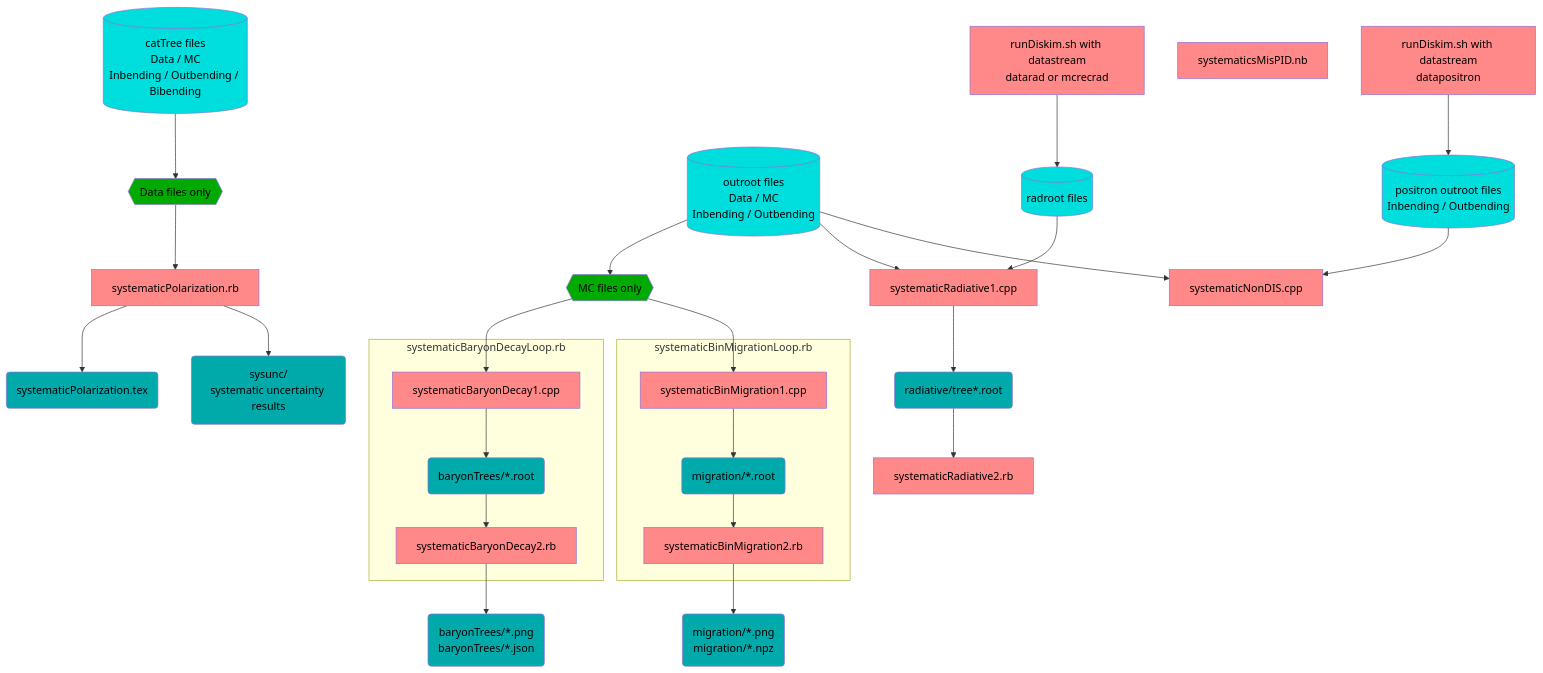
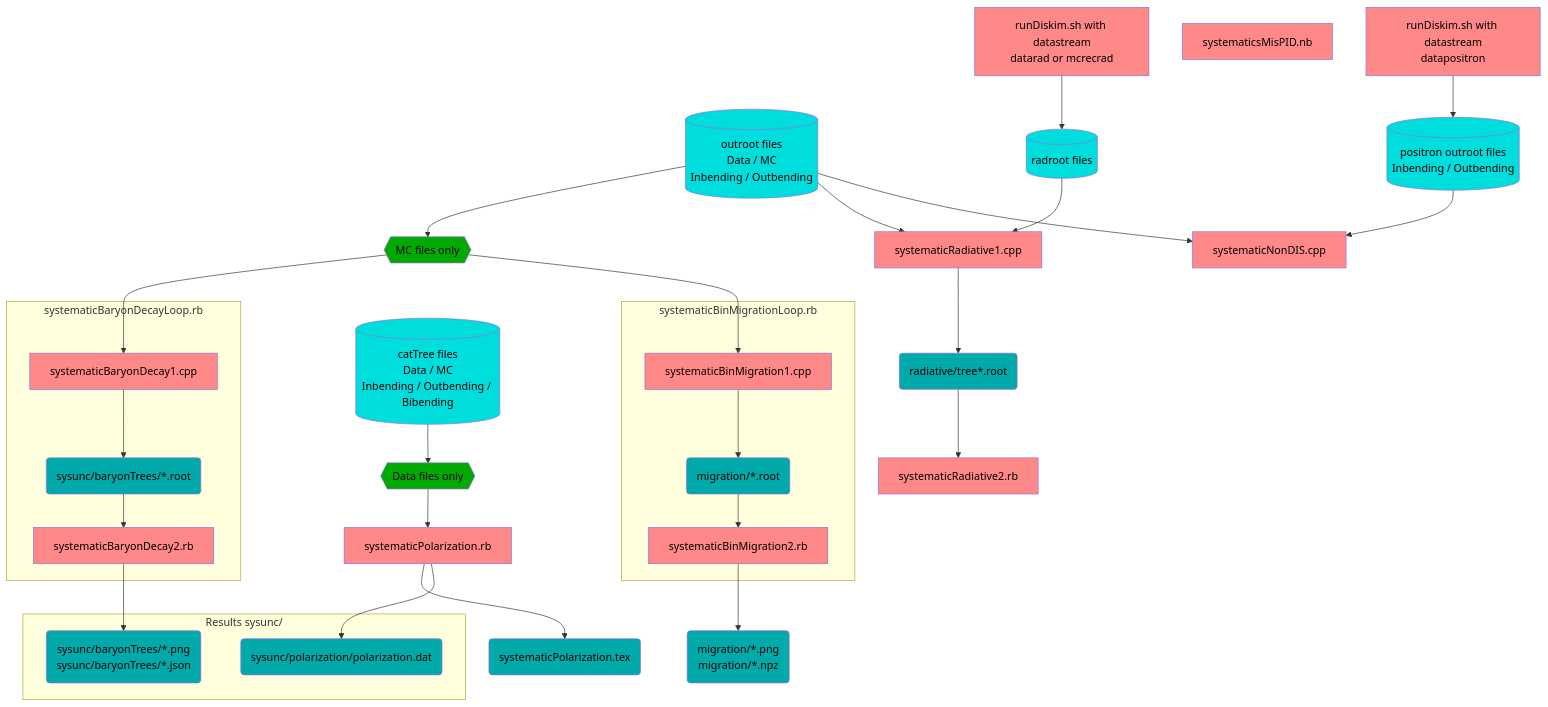
Before and after one commit to c-dilks/dispin: the second of 2 diagrams in README.md, drawn with Mermaid. The commit also changed 4 other files, not shown here.

````diff
--- a/README.md
+++ b/README.md
@@ -158,56 +158,59 @@
 ```mermaid
 flowchart TB
   classDef alg fill:#ff8888,color:black
   classDef data fill:#00aaaa,color:black
   classDef bigdata fill:#00dddd,color:black
   classDef op fill:#00aa00,color:black
 
   CatTrees[(catTree files<br/>Data / MC<br/>Inbending / Outbending / Bibending)]:::bigdata
   CatTreesOnlyData{{Data files only}}:::op
   CatTrees --> CatTreesOnlyData
 
   Outroots[(outroot files<br/>Data / MC<br/>Inbending / Outbending)]:::bigdata
   OutrootsOnlyMC{{MC files only}}:::op
   Outroots --> OutrootsOnlyMC
 
   PolAlg[systematicPolarization.rb]:::alg
   Pol(systematicPolarization.tex):::data
   CatTreesOnlyData --> PolAlg --> Pol
 
   subgraph systematicBaryonDecayLoop.rb
       BaryonAlg1[systematicBaryonDecay1.cpp]:::alg
-      BaryonTrees(baryonTrees/*.root):::data
+      BaryonTrees(sysunc/baryonTrees/*.root):::data
       BaryonAlg2[systematicBaryonDecay2.rb]:::alg
   end
-  BaryonResult(baryonTrees/*.png<br/>baryonTrees/*.json):::data
-  OutrootsOnlyMC --> BaryonAlg1 --> BaryonTrees --> BaryonAlg2 --> BaryonResult
+  OutrootsOnlyMC --> BaryonAlg1 --> BaryonTrees --> BaryonAlg2
 
   subgraph systematicBinMigrationLoop.rb
       MigrationAlg1[systematicBinMigration1.cpp]:::alg
       MigrationRoots(migration/*.root):::data
       MigrationAlg2[systematicBinMigration2.rb]:::alg
   end
   MigrationResult(migration/*.png<br/>migration/*.npz):::data
   OutrootsOnlyMC --> MigrationAlg1 --> MigrationRoots --> MigrationAlg2 --> MigrationResult
 
   RunDiskimRad[runDiskim.sh with datastream<br/>datarad or mcrecrad]:::alg
   RadRoots[(radroot files)]:::bigdata
   RadAlg1[systematicRadiative1.cpp]:::alg
   RadTrees(radiative/tree*.root):::data
   RadAlg2[systematicRadiative2.rb]:::alg
   Outroots --> RadAlg1
   RunDiskimRad --> RadRoots --> RadAlg1
   RadAlg1 --> RadTrees --> RadAlg2
 
   MisPID[systematicsMisPID.nb]:::alg
 
   RunDiskimPositron[runDiskim.sh with datastream<br/>datapositron]:::alg
   PositronRoots[(positron outroot files<br/>Inbending / Outbending)]:::bigdata
   PositronAlg[systematicNonDIS.cpp]:::alg
   RunDiskimPositron --> PositronRoots
   Outroots --> PositronAlg
   PositronRoots --> PositronAlg
 
-  SysUnc(sysunc/<br/>systematic uncertainty results):::data
-  PolAlg --> SysUnc
+  subgraph Results sysunc/
+      PolResult(sysunc/polarization/polarization.dat):::data
+      BaryonResult(sysunc/baryonTrees/*.png<br/>sysunc/baryonTrees/*.json):::data
+  end
+  PolAlg --> PolResult
+  BaryonAlg2 --> BaryonResult
 ```
````
